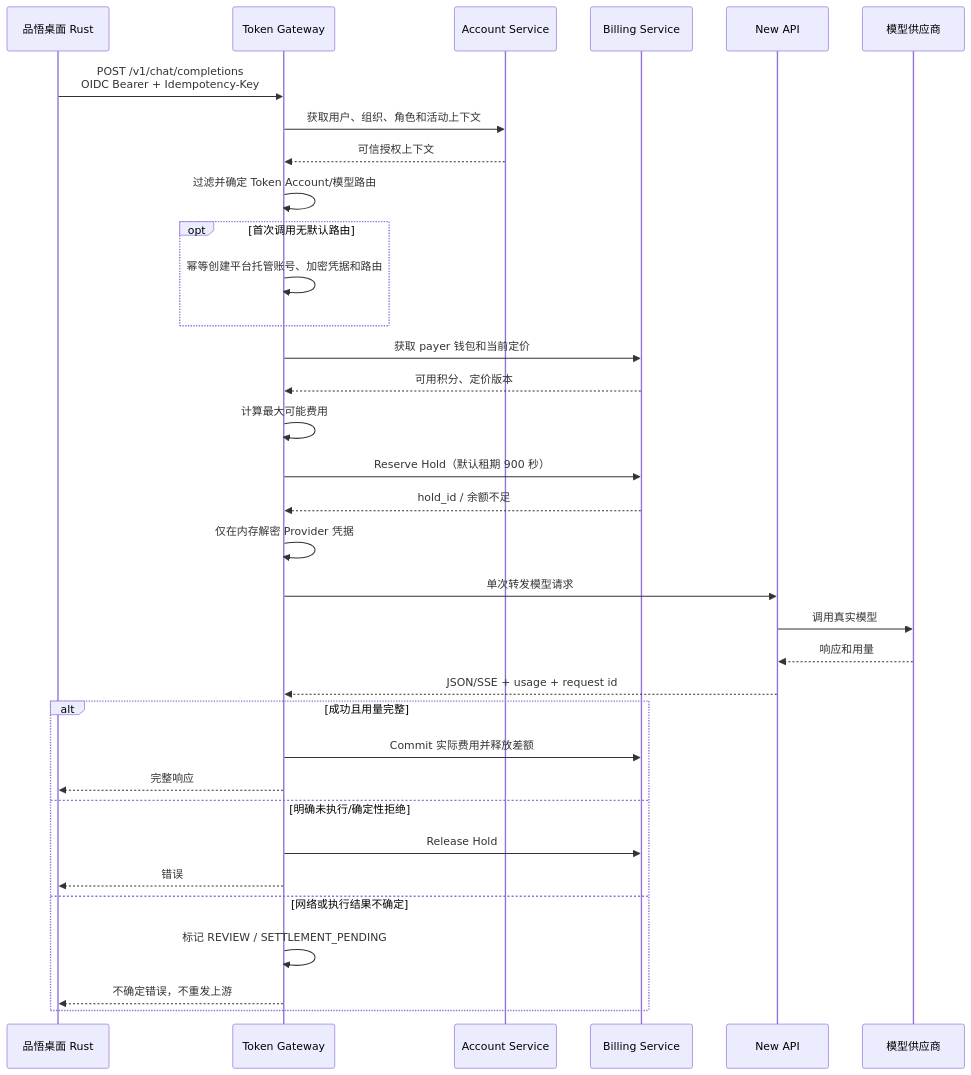
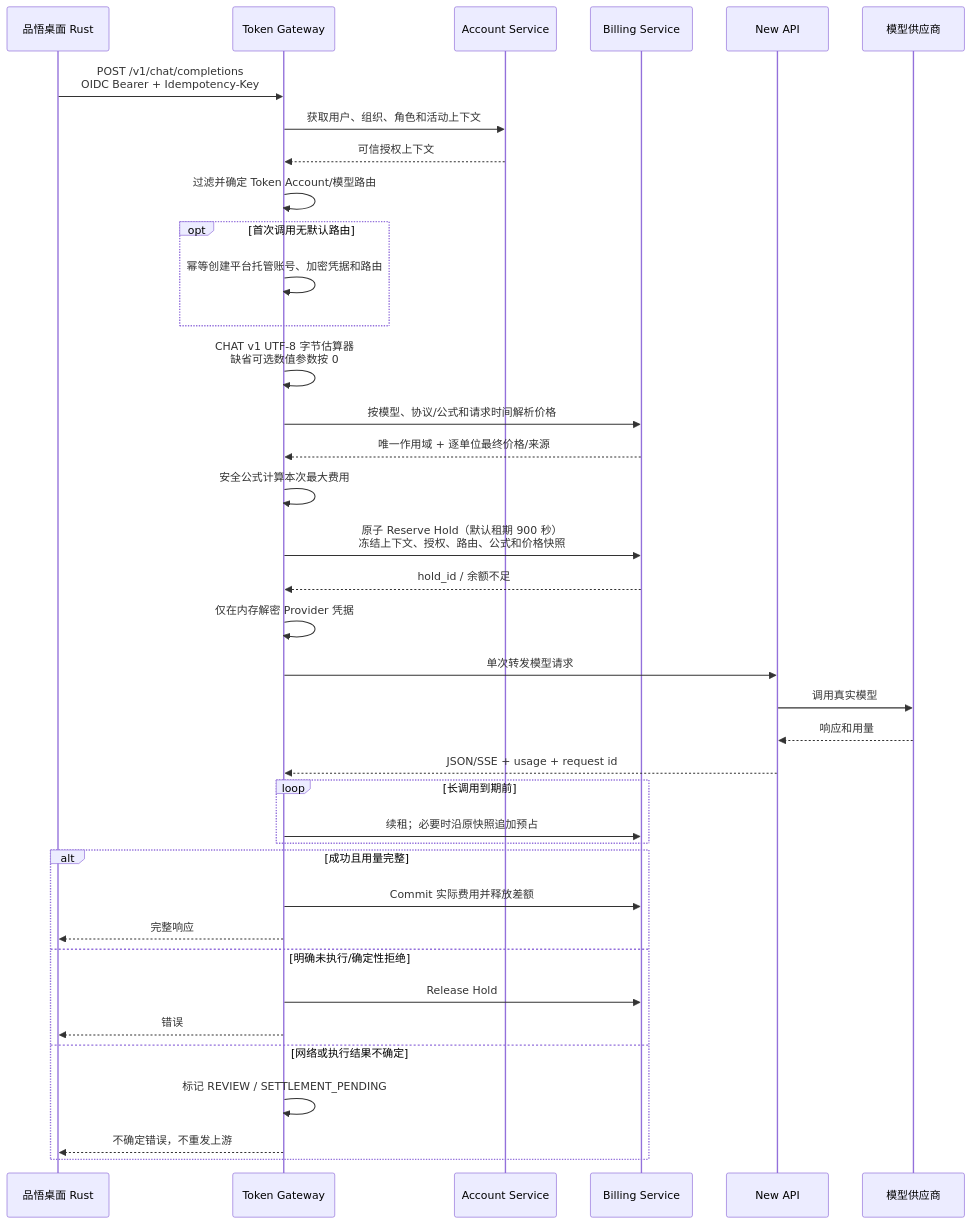
One commit to Pinvou/CodeWhale changed the fourth of 6 diagrams in account-platform/docs/call-flows.md. Above: the diagram before and after it, drawn with Mermaid. The commit also changed other lines of this file and 35 other files, not shown here.

````diff
--- a/account-platform/docs/call-flows.md
+++ b/account-platform/docs/call-flows.md
@@ -195,37 +195,41 @@
 ```mermaid
 sequenceDiagram
     participant D as 品悟桌面 Rust
     participant G as Token Gateway
     participant A as Account Service
     participant B as Billing Service
     participant N as New API
     participant P as 模型供应商
 
     D->>G: POST /v1/chat/completions<br/>OIDC Bearer + Idempotency-Key
     G->>A: 获取用户、组织、角色和活动上下文
     A-->>G: 可信授权上下文
     G->>G: 过滤并确定 Token Account/模型路由
     opt 首次调用无默认路由
         G->>G: 幂等创建平台托管账号、加密凭据和路由
     end
-    G->>B: 获取 payer 钱包和当前定价
-    B-->>G: 可用积分、定价版本
-    G->>G: 计算最大可能费用
-    G->>B: Reserve Hold（默认租期 900 秒）
+    G->>G: CHAT v1 UTF-8 字节估算器<br/>缺省可选数值参数按 0
+    G->>B: 按模型、协议/公式和请求时间解析价格
+    B-->>G: 唯一作用域 + 逐单位最终价格/来源
+    G->>G: 安全公式计算本次最大费用
+    G->>B: 原子 Reserve Hold（默认租期 900 秒）<br/>冻结上下文、授权、路由、公式和价格快照
     B-->>G: hold_id / 余额不足
     G->>G: 仅在内存解密 Provider 凭据
     G->>N: 单次转发模型请求
     N->>P: 调用真实模型
     P-->>N: 响应和用量
     N-->>G: JSON/SSE + usage + request id
+    loop 长调用到期前
+        G->>B: 续租；必要时沿原快照追加预占
+    end
     alt 成功且用量完整
         G->>B: Commit 实际费用并释放差额
         G-->>D: 完整响应
     else 明确未执行/确定性拒绝
         G->>B: Release Hold
         G-->>D: 错误
     else 网络或执行结果不确定
         G->>G: 标记 REVIEW / SETTLEMENT_PENDING
         G-->>D: 不确定错误，不重发上游
     end
 ```
````
